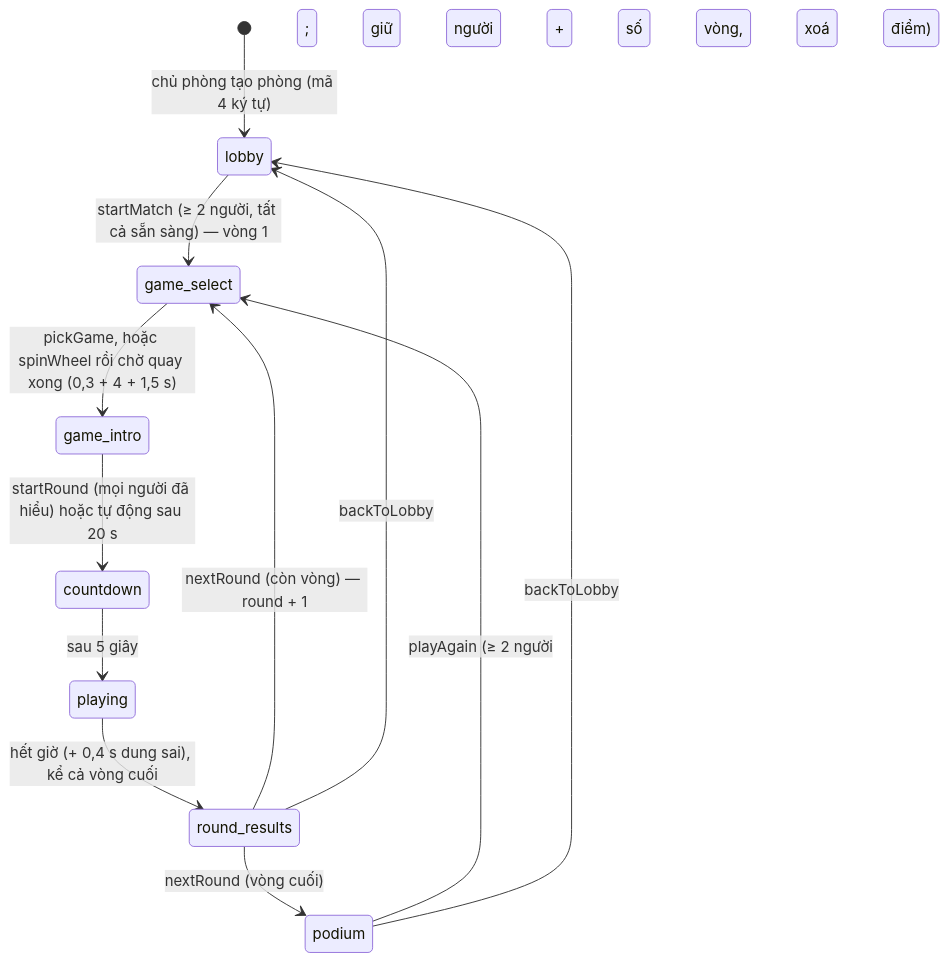
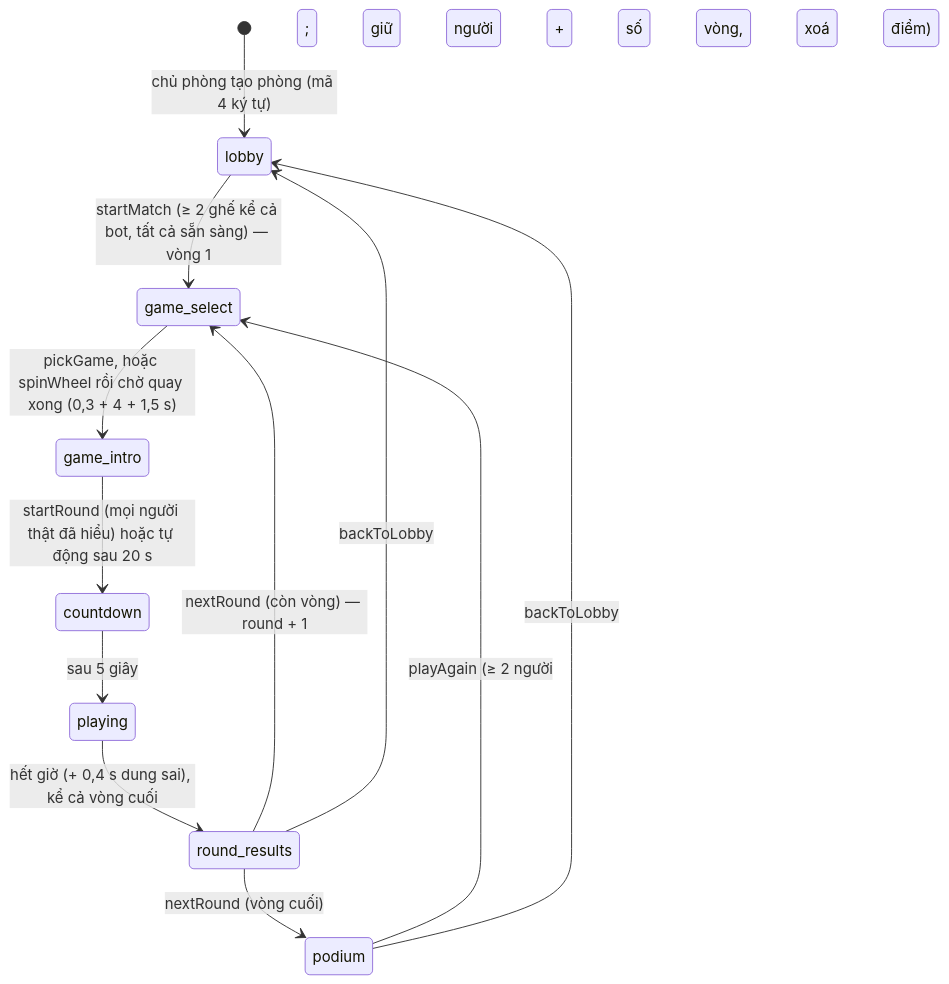
Before and after one commit to hungdinh-dev/brain-rizz: the second of 6 diagrams in docs/02-architecture/overview.md, drawn with Mermaid. The commit also changed other lines of this file and 119 other files, not shown here.

````diff
--- a/docs/02-architecture/overview.md
+++ b/docs/02-architecture/overview.md
@@ -72,14 +78,14 @@
 ```mermaid
 stateDiagram-v2
   [*] --> lobby: chủ phòng tạo phòng (mã 4 ký tự)
-  lobby --> game_select: startMatch (≥ 2 người, tất cả sẵn sàng) — vòng 1
+  lobby --> game_select: startMatch (≥ 2 ghế kể cả bot, tất cả sẵn sàng) — vòng 1
   game_select --> game_intro: pickGame, hoặc spinWheel rồi chờ quay xong (0,3 + 4 + 1,5 s)
-  game_intro --> countdown: startRound (mọi người đã hiểu) hoặc tự động sau 20 s
+  game_intro --> countdown: startRound (mọi người thật đã hiểu) hoặc tự động sau 20 s
   countdown --> playing: sau 5 giây
   playing --> round_results: hết giờ (+ 0,4 s dung sai), kể cả vòng cuối
   round_results --> game_select: nextRound (còn vòng) — round + 1
   round_results --> podium: nextRound (vòng cuối)
   podium --> game_select: playAgain (≥ 2 người; giữ người + số vòng, xoá điểm)
   podium --> lobby: backToLobby
   round_results --> lobby: backToLobby
 ```
````
